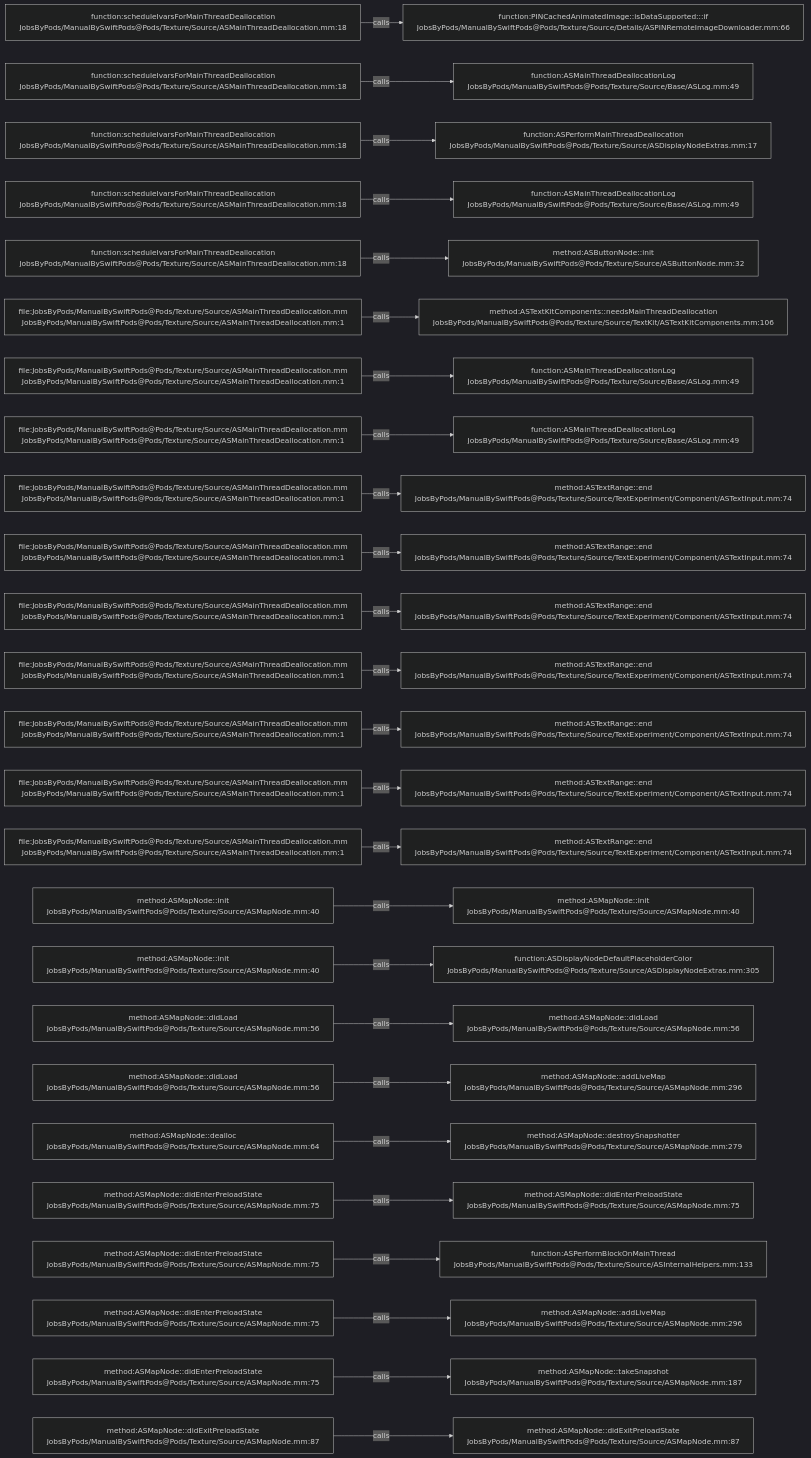
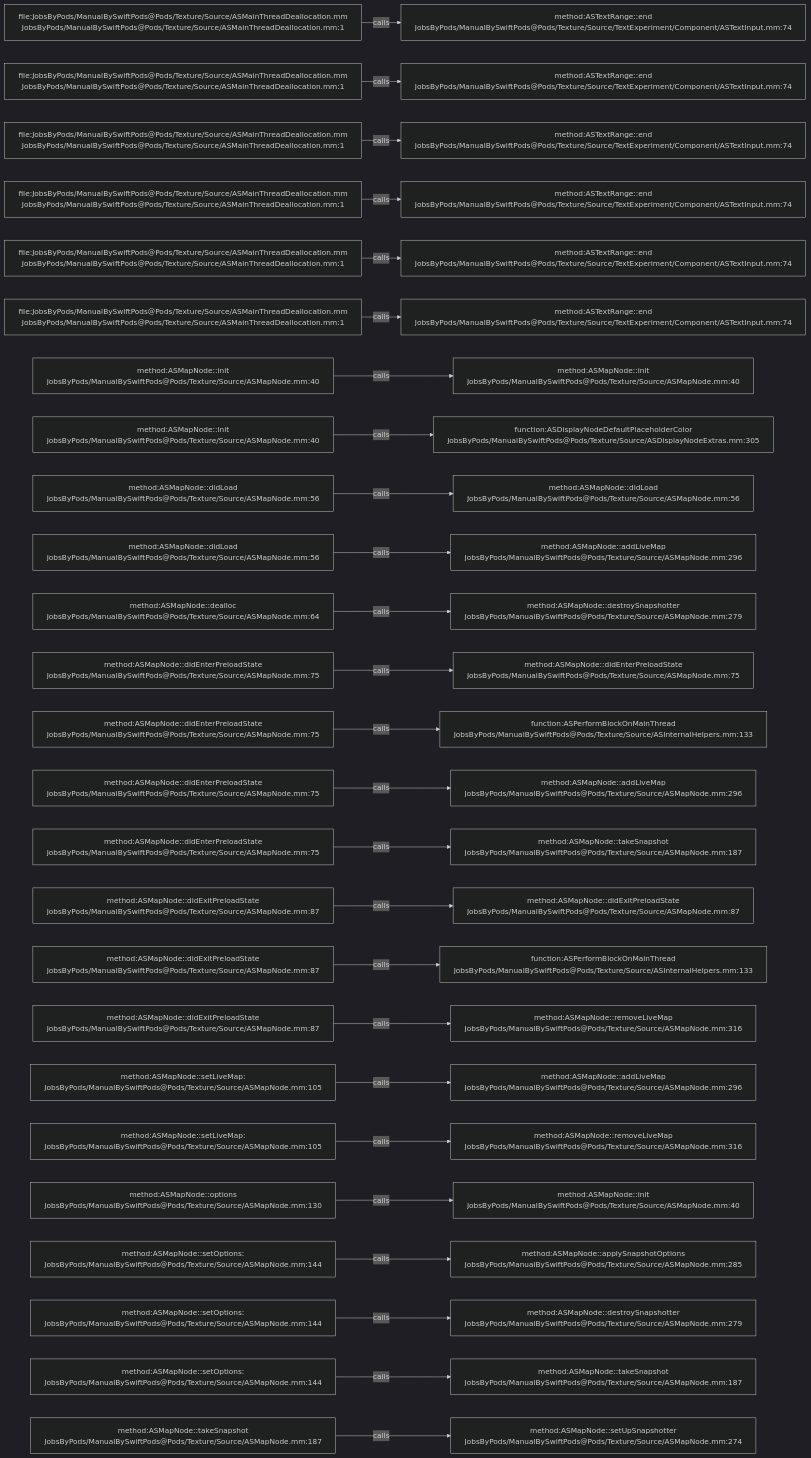
Before and after one commit to JobsKits/JobsSwiftBaseConfigDemo: the diagram in .codegraph/codegraph.md/graphs/calls-045.md, drawn with Mermaid (dark theme). The commit also changed 707 other files, not shown here.

````diff
--- a/.codegraph/codegraph.md/graphs/calls-045.md
+++ b/.codegraph/codegraph.md/graphs/calls-045.md
@@ -13,78 +13,78 @@
 ```mermaid
 flowchart LR
-  S1["function:scheduleIvarsForMainThreadDeallocation<br/>JobsByPods/ManualBySwiftPods@Pods/Texture/Source/ASMainThreadDeallocation.mm:18"]
-  T1["function:PINCachedAnimatedImage::isDataSupported:::if<br/>JobsByPods/ManualBySwiftPods@Pods/Texture/Source/Details/ASPINRemoteImageDownloader.mm:66"]
+  S1["file:JobsByPods/ManualBySwiftPods@Pods/Texture/Source/ASMainThreadDeallocation.mm<br/>JobsByPods/ManualBySwiftPods@Pods/Texture/Source/ASMainThreadDeallocation.mm:1"]
+  T1["method:ASTextRange::end<br/>JobsByPods/ManualBySwiftPods@Pods/Texture/Source/TextExperiment/Component/ASTextInput.mm:74"]
   S1 -->|calls| T1
-  S2["function:scheduleIvarsForMainThreadDeallocation<br/>JobsByPods/ManualBySwiftPods@Pods/Texture/Source/ASMainThreadDeallocation.mm:18"]
-  T2["function:ASMainThreadDeallocationLog<br/>JobsByPods/ManualBySwiftPods@Pods/Texture/Source/Base/ASLog.mm:49"]
+  S2["file:JobsByPods/ManualBySwiftPods@Pods/Texture/Source/ASMainThreadDeallocation.mm<br/>JobsByPods/ManualBySwiftPods@Pods/Texture/Source/ASMainThreadDeallocation.mm:1"]
+  T2["method:ASTextRange::end<br/>JobsByPods/ManualBySwiftPods@Pods/Texture/Source/TextExperiment/Component/ASTextInput.mm:74"]
   S2 -->|calls| T2
-  S3["function:scheduleIvarsForMainThreadDeallocation<br/>JobsByPods/ManualBySwiftPods@Pods/Texture/Source/ASMainThreadDeallocation.mm:18"]
-  T3["function:ASPerformMainThreadDeallocation<br/>JobsByPods/ManualBySwiftPods@Pods/Texture/Source/ASDisplayNodeExtras.mm:17"]
+  S3["file:JobsByPods/ManualBySwiftPods@Pods/Texture/Source/ASMainThreadDeallocation.mm<br/>JobsByPods/ManualBySwiftPods@Pods/Texture/Source/ASMainThreadDeallocation.mm:1"]
+  T3["method:ASTextRange::end<br/>JobsByPods/ManualBySwiftPods@Pods/Texture/Source/TextExperiment/Component/ASTextInput.mm:74"]
   S3 -->|calls| T3
-  S4["function:scheduleIvarsForMainThreadDeallocation<br/>JobsByPods/ManualBySwiftPods@Pods/Texture/Source/ASMainThreadDeallocation.mm:18"]
-  T4["function:ASMainThreadDeallocationLog<br/>JobsByPods/ManualBySwiftPods@Pods/Texture/Source/Base/ASLog.mm:49"]
+  S4["file:JobsByPods/ManualBySwiftPods@Pods/Texture/Source/ASMainThreadDeallocation.mm<br/>JobsByPods/ManualBySwiftPods@Pods/Texture/Source/ASMainThreadDeallocation.mm:1"]
+  T4["method:ASTextRange::end<br/>JobsByPods/ManualBySwiftPods@Pods/Texture/Source/TextExperiment/Component/ASTextInput.mm:74"]
   S4 -->|calls| T4
-  S5["function:scheduleIvarsForMainThreadDeallocation<br/>JobsByPods/ManualBySwiftPods@Pods/Texture/Source/ASMainThreadDeallocation.mm:18"]
-  T5["method:ASButtonNode::init<br/>JobsByPods/ManualBySwiftPods@Pods/Texture/Source/ASButtonNode.mm:32"]
+  S5["file:JobsByPods/ManualBySwiftPods@Pods/Texture/Source/ASMainThreadDeallocation.mm<br/>JobsByPods/ManualBySwiftPods@Pods/Texture/Source/ASMainThreadDeallocation.mm:1"]
+  T5["method:ASTextRange::end<br/>JobsByPods/ManualBySwiftPods@Pods/Texture/Source/TextExperiment/Component/ASTextInput.mm:74"]
   S5 -->|calls| T5
   S6["file:JobsByPods/ManualBySwiftPods@Pods/Texture/Source/ASMainThreadDeallocation.mm<br/>JobsByPods/ManualBySwiftPods@Pods/Texture/Source/ASMainThreadDeallocation.mm:1"]
-  T6["method:ASTextKitComponents::needsMainThreadDeallocation<br/>JobsByPods/ManualBySwiftPods@Pods/Texture/Source/TextKit/ASTextKitComponents.mm:106"]
+  T6["method:ASTextRange::end<br/>JobsByPods/ManualBySwiftPods@Pods/Texture/Source/TextExperiment/Component/ASTextInput.mm:74"]
   S6 -->|calls| T6
-  S7["file:JobsByPods/ManualBySwiftPods@Pods/Texture/Source/ASMainThreadDeallocation.mm<br/>JobsByPods/ManualBySwiftPods@Pods/Texture/Source/ASMainThreadDeallocation.mm:1"]
-  T7["function:ASMainThreadDeallocationLog<br/>JobsByPods/ManualBySwiftPods@Pods/Texture/Source/Base/ASLog.mm:49"]
+  S7["method:ASMapNode::init<br/>JobsByPods/ManualBySwiftPods@Pods/Texture/Source/ASMapNode.mm:40"]
+  T7["method:ASMapNode::init<br/>JobsByPods/ManualBySwiftPods@Pods/Texture/Source/ASMapNode.mm:40"]
   S7 -->|calls| T7
-  S8["file:JobsByPods/ManualBySwiftPods@Pods/Texture/Source/ASMainThreadDeallocation.mm<br/>JobsByPods/ManualBySwiftPods@Pods/Texture/Source/ASMainThreadDeallocation.mm:1"]
-  T8["function:ASMainThreadDeallocationLog<br/>JobsByPods/ManualBySwiftPods@Pods/Texture/Source/Base/ASLog.mm:49"]
+  S8["method:ASMapNode::init<br/>JobsByPods/ManualBySwiftPods@Pods/Texture/Source/ASMapNode.mm:40"]
+  T8["function:ASDisplayNodeDefaultPlaceholderColor<br/>JobsByPods/ManualBySwiftPods@Pods/Texture/Source/ASDisplayNodeExtras.mm:305"]
   S8 -->|calls| T8
-  S9["file:JobsByPods/ManualBySwiftPods@Pods/Texture/Source/ASMainThreadDeallocation.mm<br/>JobsByPods/ManualBySwiftPods@Pods/Texture/Source/ASMainThreadDeallocation.mm:1"]
-  T9["method:ASTextRange::end<br/>JobsByPods/ManualBySwiftPods@Pods/Texture/Source/TextExperiment/Component/ASTextInput.mm:74"]
+  S9["method:ASMapNode::didLoad<br/>JobsByPods/ManualBySwiftPods@Pods/Texture/Source/ASMapNode.mm:56"]
+  T9["method:ASMapNode::didLoad<br/>JobsByPods/ManualBySwiftPods@Pods/Texture/Source/ASMapNode.mm:56"]
   S9 -->|calls| T9
-  S10["file:JobsByPods/ManualBySwiftPods@Pods/Texture/Source/ASMainThreadDeallocation.mm<br/>JobsByPods/ManualBySwiftPods@Pods/Texture/Source/ASMainThreadDeallocation.mm:1"]
-  T10["method:ASTextRange::end<br/>JobsByPods/ManualBySwiftPods@Pods/Texture/Source/TextExperiment/Component/ASTextInput.mm:74"]
+  S10["method:ASMapNode::didLoad<br/>JobsByPods/ManualBySwiftPods@Pods/Texture/Source/ASMapNode.mm:56"]
+  T10["method:ASMapNode::addLiveMap<br/>JobsByPods/ManualBySwiftPods@Pods/Texture/Source/ASMapNode.mm:296"]
   S10 -->|calls| T10
-  S11["file:JobsByPods/ManualBySwiftPods@Pods/Texture/Source/ASMainThreadDeallocation.mm<br/>JobsByPods/ManualBySwiftPods@Pods/Texture/Source/ASMainThreadDeallocation.mm:1"]
-  T11["method:ASTextRange::end<br/>JobsByPods/ManualBySwiftPods@Pods/Texture/Source/TextExperiment/Component/ASTextInput.mm:74"]
+  S11["method:ASMapNode::dealloc<br/>JobsByPods/ManualBySwiftPods@Pods/Texture/Source/ASMapNode.mm:64"]
+  T11["method:ASMapNode::destroySnapshotter<br/>JobsByPods/ManualBySwiftPods@Pods/Texture/Source/ASMapNode.mm:279"]
   S11 -->|calls| T11
-  S12["file:JobsByPods/ManualBySwiftPods@Pods/Texture/Source/ASMainThreadDeallocation.mm<br/>JobsByPods/ManualBySwiftPods@Pods/Texture/Source/ASMainThreadDeallocation.mm:1"]
-  T12["method:ASTextRange::end<br/>JobsByPods/ManualBySwiftPods@Pods/Texture/Source/TextExperiment/Component/ASTextInput.mm:74"]
+  S12["method:ASMapNode::didEnterPreloadState<br/>JobsByPods/ManualBySwiftPods@Pods/Texture/Source/ASMapNode.mm:75"]
+  T12["method:ASMapNode::didEnterPreloadState<br/>JobsByPods/ManualBySwiftPods@Pods/Texture/Source/ASMapNode.mm:75"]
   S12 -->|calls| T12
-  S13["file:JobsByPods/ManualBySwiftPods@Pods/Texture/Source/ASMainThreadDeallocation.mm<br/>JobsByPods/ManualBySwiftPods@Pods/Texture/Source/ASMainThreadDeallocation.mm:1"]
-  T13["method:ASTextRange::end<br/>JobsByPods/ManualBySwiftPods@Pods/Texture/Source/TextExperiment/Component/ASTextInput.mm:74"]
+  S13["method:ASMapNode::didEnterPreloadState<br/>JobsByPods/ManualBySwiftPods@Pods/Texture/Source/ASMapNode.mm:75"]
+  T13["function:ASPerformBlockOnMainThread<br/>JobsByPods/ManualBySwiftPods@Pods/Texture/Source/ASInternalHelpers.mm:133"]
   S13 -->|calls| T13
-  S14["file:JobsByPods/ManualBySwiftPods@Pods/Texture/Source/ASMainThreadDeallocation.mm<br/>JobsByPods/ManualBySwiftPods@Pods/Texture/Source/ASMainThreadDeallocation.mm:1"]
-  T14["method:ASTextRange::end<br/>JobsByPods/ManualBySwiftPods@Pods/Texture/Source/TextExperiment/Component/ASTextInput.mm:74"]
+  S14["method:ASMapNode::didEnterPreloadState<br/>JobsByPods/ManualBySwiftPods@Pods/Texture/Source/ASMapNode.mm:75"]
+  T14["method:ASMapNode::addLiveMap<br/>JobsByPods/ManualBySwiftPods@Pods/Texture/Source/ASMapNode.mm:296"]
   S14 -->|calls| T14
-  S15["file:JobsByPods/ManualBySwiftPods@Pods/Texture/Source/ASMainThreadDeallocation.mm<br/>JobsByPods/ManualBySwiftPods@Pods/Texture/Source/ASMainThreadDeallocation.mm:1"]
-  T15["method:ASTextRange::end<br/>JobsByPods/ManualBySwiftPods@Pods/Texture/Source/TextExperiment/Component/ASTextInput.mm:74"]
+  S15["method:ASMapNode::didEnterPreloadState<br/>JobsByPods/ManualBySwiftPods@Pods/Texture/Source/ASMapNode.mm:75"]
+  T15["method:ASMapNode::takeSnapshot<br/>JobsByPods/ManualBySwiftPods@Pods/Texture/Source/ASMapNode.mm:187"]
   S15 -->|calls| T15
-  S16["method:ASMapNode::init<br/>JobsByPods/ManualBySwiftPods@Pods/Texture/Source/ASMapNode.mm:40"]
-  T16["method:ASMapNode::init<br/>JobsByPods/ManualBySwiftPods@Pods/Texture/Source/ASMapNode.mm:40"]
+  S16["method:ASMapNode::didExitPreloadState<br/>JobsByPods/ManualBySwiftPods@Pods/Texture/Source/ASMapNode.mm:87"]
+  T16["method:ASMapNode::didExitPreloadState<br/>JobsByPods/ManualBySwiftPods@Pods/Texture/Source/ASMapNode.mm:87"]
   S16 -->|calls| T16
-  S17["method:ASMapNode::init<br/>JobsByPods/ManualBySwiftPods@Pods/Texture/Source/ASMapNode.mm:40"]
-  T17["function:ASDisplayNodeDefaultPlaceholderColor<br/>JobsByPods/ManualBySwiftPods@Pods/Texture/Source/ASDisplayNodeExtras.mm:305"]
+  S17["method:ASMapNode::didExitPreloadState<br/>JobsByPods/ManualBySwiftPods@Pods/Texture/Source/ASMapNode.mm:87"]
+  T17["function:ASPerformBlockOnMainThread<br/>JobsByPods/ManualBySwiftPods@Pods/Texture/Source/ASInternalHelpers.mm:133"]
   S17 -->|calls| T17
-  S18["method:ASMapNode::didLoad<br/>JobsByPods/ManualBySwiftPods@Pods/Texture/Source/ASMapNode.mm:56"]
-  T18["method:ASMapNode::didLoad<br/>JobsByPods/ManualBySwiftPods@Pods/Texture/Source/ASMapNode.mm:56"]
+  S18["method:ASMapNode::didExitPreloadState<br/>JobsByPods/ManualBySwiftPods@Pods/Texture/Source/ASMapNode.mm:87"]
+  T18["method:ASMapNode::removeLiveMap<br/>JobsByPods/ManualBySwiftPods@Pods/Texture/Source/ASMapNode.mm:316"]
   S18 -->|calls| T18
-  S19["method:ASMapNode::didLoad<br/>JobsByPods/ManualBySwiftPods@Pods/Texture/Source/ASMapNode.mm:56"]
+  S19["method:ASMapNode::setLiveMap:<br/>JobsByPods/ManualBySwiftPods@Pods/Texture/Source/ASMapNode.mm:105"]
   T19["method:ASMapNode::addLiveMap<br/>JobsByPods/ManualBySwiftPods@Pods/Texture/Source/ASMapNode.mm:296"]
   S19 -->|calls| T19
-  S20["method:ASMapNode::dealloc<br/>JobsByPods/ManualBySwiftPods@Pods/Texture/Source/ASMapNode.mm:64"]
-  T20["method:ASMapNode::destroySnapshotter<br/>JobsByPods/ManualBySwiftPods@Pods/Texture/Source/ASMapNode.mm:279"]
+  S20["method:ASMapNode::setLiveMap:<br/>JobsByPods/ManualBySwiftPods@Pods/Texture/Source/ASMapNode.mm:105"]
+  T20["method:ASMapNode::removeLiveMap<br/>JobsByPods/ManualBySwiftPods@Pods/Texture/Source/ASMapNode.mm:316"]
   S20 -->|calls| T20
-  S21["method:ASMapNode::didEnterPreloadState<br/>JobsByPods/ManualBySwiftPods@Pods/Texture/Source/ASMapNode.mm:75"]
-  T21["method:ASMapNode::didEnterPreloadState<br/>JobsByPods/ManualBySwiftPods@Pods/Texture/Source/ASMapNode.mm:75"]
+  S21["method:ASMapNode::options<br/>JobsByPods/ManualBySwiftPods@Pods/Texture/Source/ASMapNode.mm:130"]
+  T21["method:ASMapNode::init<br/>JobsByPods/ManualBySwiftPods@Pods/Texture/Source/ASMapNode.mm:40"]
   S21 -->|calls| T21
-  S22["method:ASMapNode::didEnterPreloadState<br/>JobsByPods/ManualBySwiftPods@Pods/Texture/Source/ASMapNode.mm:75"]
-  T22["function:ASPerformBlockOnMainThread<br/>JobsByPods/ManualBySwiftPods@Pods/Texture/Source/ASInternalHelpers.mm:133"]
+  S22["method:ASMapNode::setOptions:<br/>JobsByPods/ManualBySwiftPods@Pods/Texture/Source/ASMapNode.mm:144"]
+  T22["method:ASMapNode::applySnapshotOptions<br/>JobsByPods/ManualBySwiftPods@Pods/Texture/Source/ASMapNode.mm:285"]
   S22 -->|calls| T22
-  S23["method:ASMapNode::didEnterPreloadState<br/>JobsByPods/ManualBySwiftPods@Pods/Texture/Source/ASMapNode.mm:75"]
-  T23["method:ASMapNode::addLiveMap<br/>JobsByPods/ManualBySwiftPods@Pods/Texture/Source/ASMapNode.mm:296"]
+  S23["method:ASMapNode::setOptions:<br/>JobsByPods/ManualBySwiftPods@Pods/Texture/Source/ASMapNode.mm:144"]
+  T23["method:ASMapNode::destroySnapshotter<br/>JobsByPods/ManualBySwiftPods@Pods/Texture/Source/ASMapNode.mm:279"]
   S23 -->|calls| T23
-  S24["method:ASMapNode::didEnterPreloadState<br/>JobsByPods/ManualBySwiftPods@Pods/Texture/Source/ASMapNode.mm:75"]
+  S24["method:ASMapNode::setOptions:<br/>JobsByPods/ManualBySwiftPods@Pods/Texture/Source/ASMapNode.mm:144"]
   T24["method:ASMapNode::takeSnapshot<br/>JobsByPods/ManualBySwiftPods@Pods/Texture/Source/ASMapNode.mm:187"]
   S24 -->|calls| T24
-  S25["method:ASMapNode::didExitPreloadState<br/>JobsByPods/ManualBySwiftPods@Pods/Texture/Source/ASMapNode.mm:87"]
-  T25["method:ASMapNode::didExitPreloadState<br/>JobsByPods/ManualBySwiftPods@Pods/Texture/Source/ASMapNode.mm:87"]
+  S25["method:ASMapNode::takeSnapshot<br/>JobsByPods/ManualBySwiftPods@Pods/Texture/Source/ASMapNode.mm:187"]
+  T25["method:ASMapNode::setUpSnapshotter<br/>JobsByPods/ManualBySwiftPods@Pods/Texture/Source/ASMapNode.mm:274"]
   S25 -->|calls| T25
 ```
````
